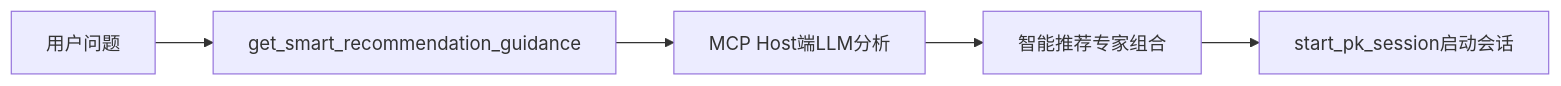
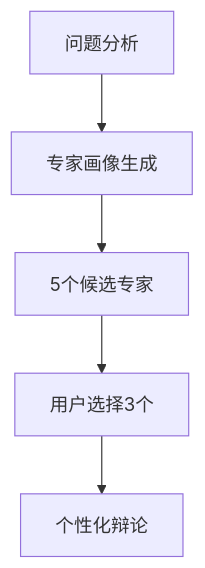
One commit to MitsudoAI/guru-pk-mcp changed the first of 2 diagrams in README.md. Above: the diagram before and after it, drawn with Mermaid. The commit also changed other lines of this file, not shown here.

First line of the commit message:
docs: update README to reflect dynamic expert factory architecture

````diff
--- a/README.md
+++ b/README.md
@@ -273,7 +119,7 @@
 ```mermaid
-graph LR
-    A[用户问题] --> B[get_smart_recommendation_guidance]
-    B --> C[MCP Host端LLM分析]
-    C --> D[智能推荐专家组合]
-    D --> E[start_pk_session启动会话]
+graph TB
+    A[问题分析] --> B[专家画像生成]
+    B --> C[5个候选专家]
+    C --> D[用户选择3个]
+    D --> E[个性化辩论]
 ```
````
